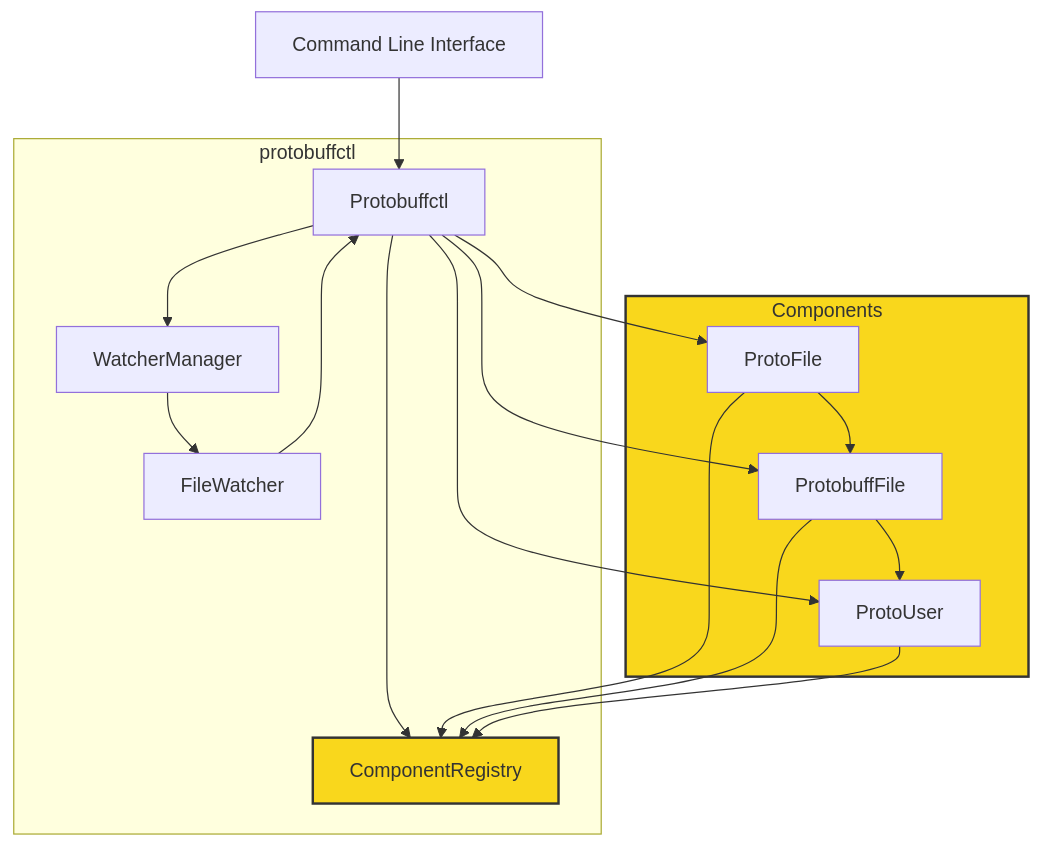
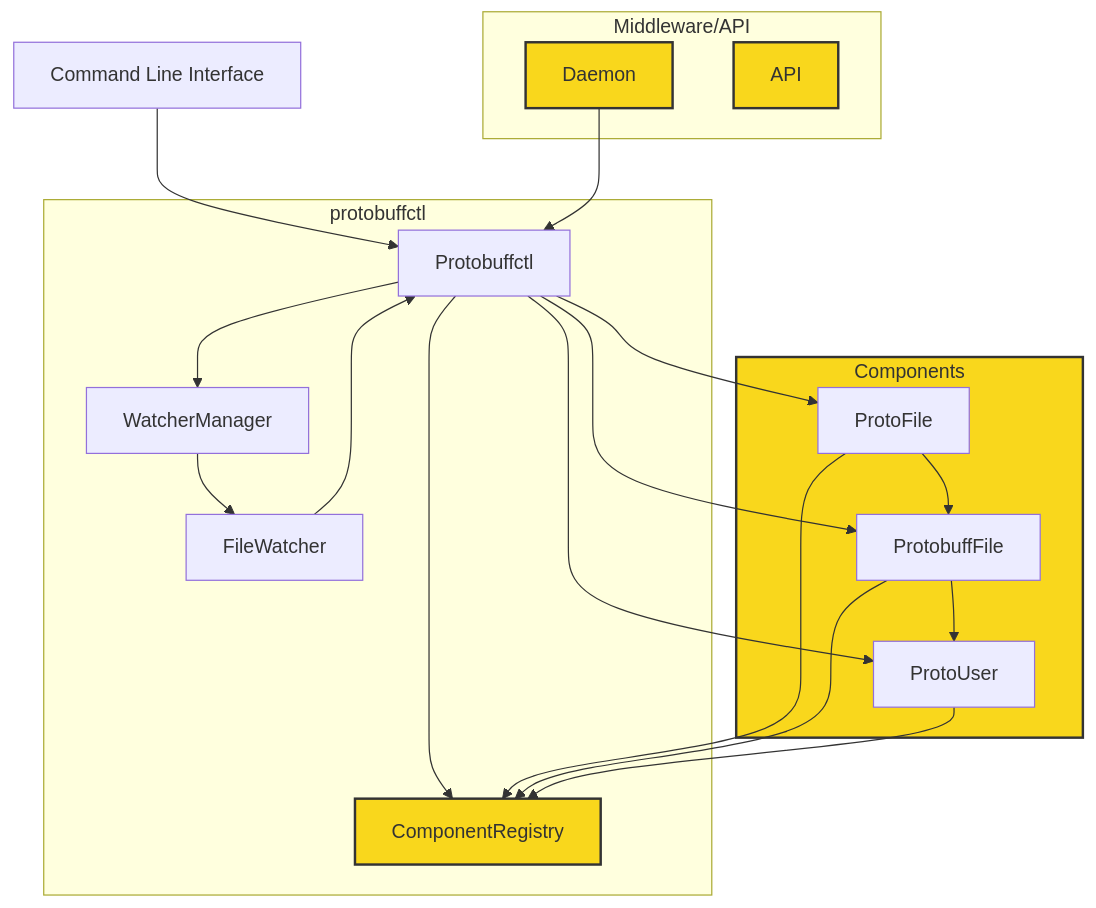
One commit to ji-podhead/protobuffctl changed the diagram in README.md. Above: the diagram before and after it, drawn with Mermaid.

````diff
--- a/README.md
+++ b/README.md
@@ -10,31 +10,38 @@
 ```mermaid
 graph TD;
     CLI["Command Line Interface"]-->Protobuffctl;
     Protobuffctl-->WatcherManager;
     Protobuffctl-->ComponentRegistry;
     WatcherManager-->FileWatcher;
     FileWatcher-->Protobuffctl;
     Protobuffctl-->ProtobuffFile;
     Protobuffctl-->ProtoUser;
     Protobuffctl-->ProtoFile;
     ProtoFile-->ProtobuffFile;
     ProtoFile-->ComponentRegistry;
     ProtobuffFile-->ProtoUser;
     ProtobuffFile-->ComponentRegistry;
     ProtoUser-->ComponentRegistry;
     subgraph protobuffctl [protobuffctl]
         Protobuffctl;
         WatcherManager;
         FileWatcher;
         ComponentRegistry;
     end
     subgraph components [Components]
         ProtoFile;
         ProtobuffFile;
         ProtoUser;
     end
+    Daemon-->Protobuffctl;
+    subgraph middleware [Middleware/API]
+        Daemon;
+        API;
+    end
     style components fill:#f9d71c,stroke:#333,stroke-width:2px
     style ComponentRegistry fill:#f9d71c,stroke:#333,stroke-width:2px
     style components fill:#f9d71c,stroke:#333,stroke-width:2px
     style ComponentRegistry fill:#f9d71c,stroke:#333,stroke-width:2px
+    style Daemon fill:#f9d71c,stroke:#333,stroke-width:2px
+    style API fill:#f9d71c,stroke:#333,stroke-width:2px
 ```
````
